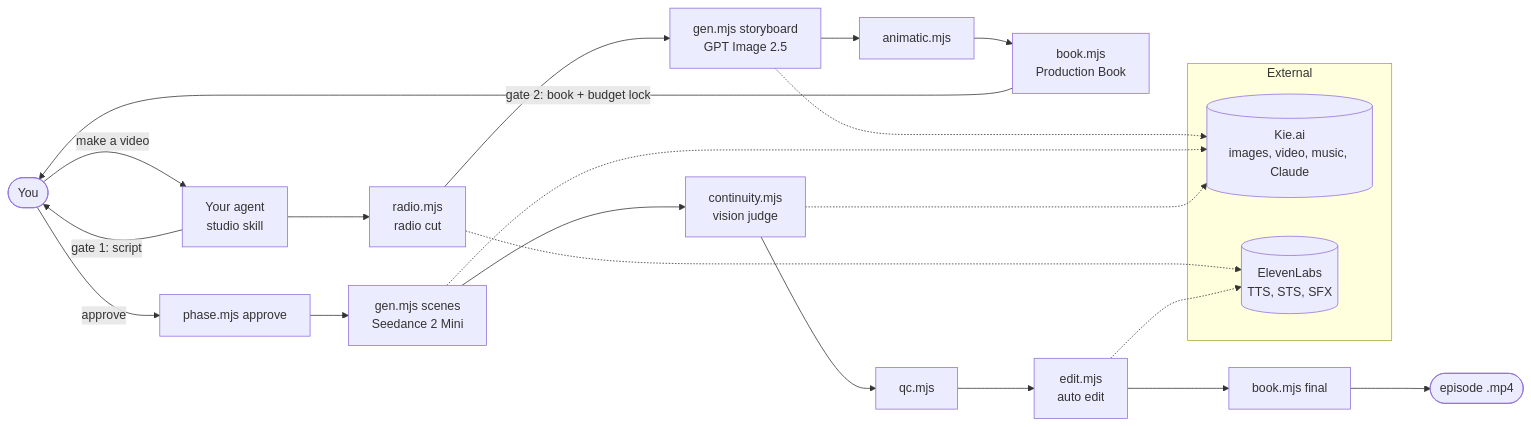
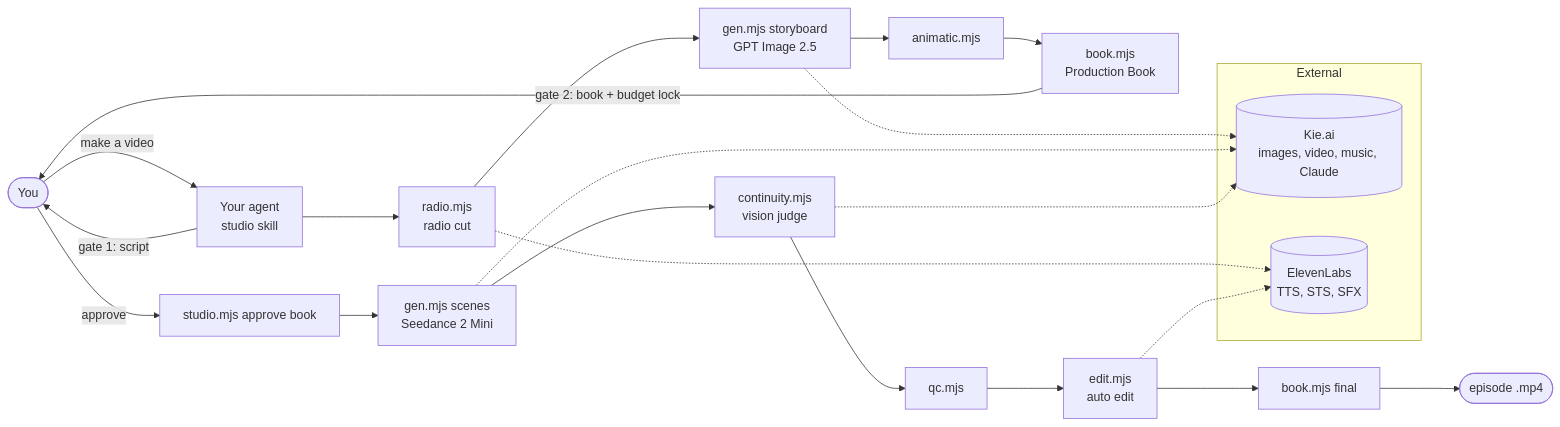
One commit to LordVayron/video-factory changed the diagram in docs/ARCHITECTURE.md. Above: the diagram before and after it, drawn with Mermaid. The commit also changed other lines of this file and 35 other files, not shown here.

First line of the commit message:
AI Video Factory 2.0.0: flow v5, one enforced path from intake to delivery

````diff
--- a/docs/ARCHITECTURE.md
+++ b/docs/ARCHITECTURE.md
@@ -5,24 +5,24 @@
 ```mermaid
 flowchart LR
   J([You]) -- "make a video" --> CC[Your agent<br/>studio skill]
   CC -- gate 1: script --> J
   CC --> R[radio.mjs<br/>radio cut]
   R --> SB[gen.mjs storyboard<br/>GPT Image 2.5]
   SB --> A[animatic.mjs]
   A --> B[book.mjs<br/>Production Book]
   B -- gate 2: book + budget lock --> J
-  J -- approve --> PH[phase.mjs approve]
+  J -- approve --> PH[studio.mjs approve book]
   PH --> S[gen.mjs scenes<br/>Seedance 2 Mini]
   S --> C[continuity.mjs<br/>vision judge]
   C --> Q[qc.mjs]
   Q --> E[edit.mjs<br/>auto edit]
   E --> B2[book.mjs final]
   B2 --> MP4([episode .mp4])
 
   subgraph External
     KIE[(Kie.ai<br/>images, video, music, Claude)]
     EL[(ElevenLabs<br/>TTS, STS, SFX)]
   end
   SB & S & C -.-> KIE
   R & E -.-> EL
 ```
````
